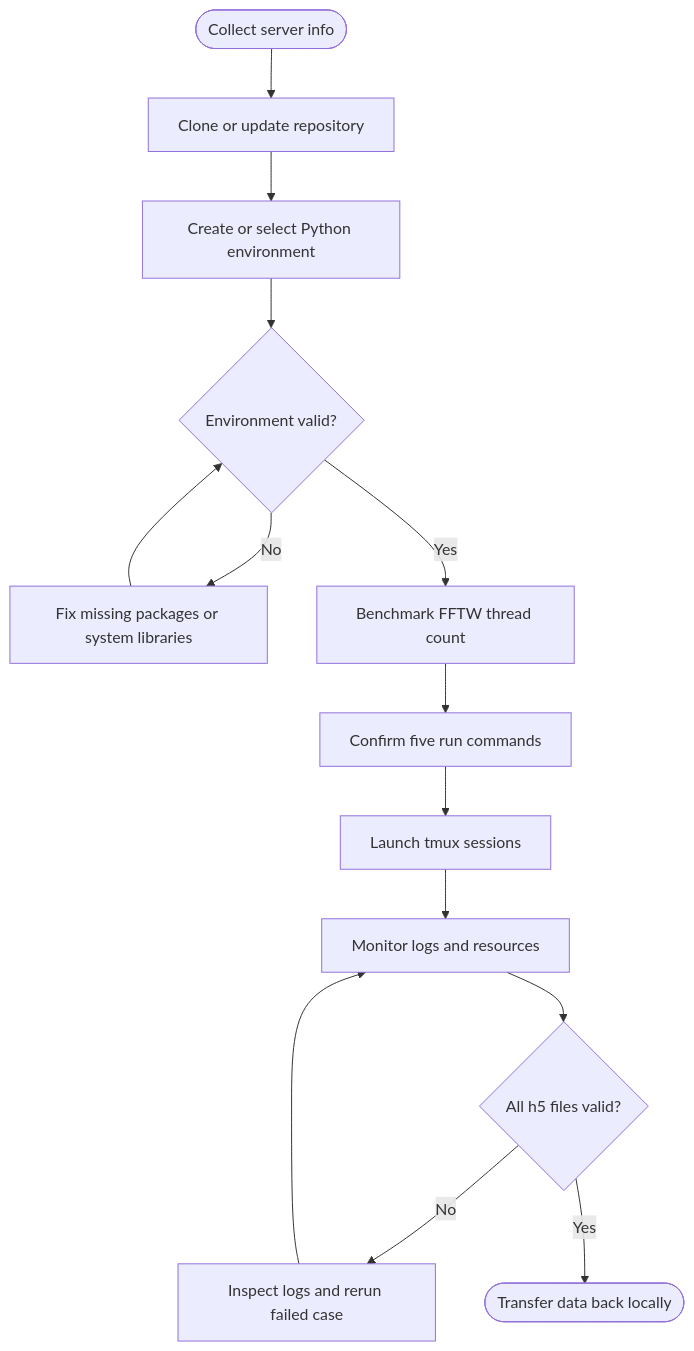
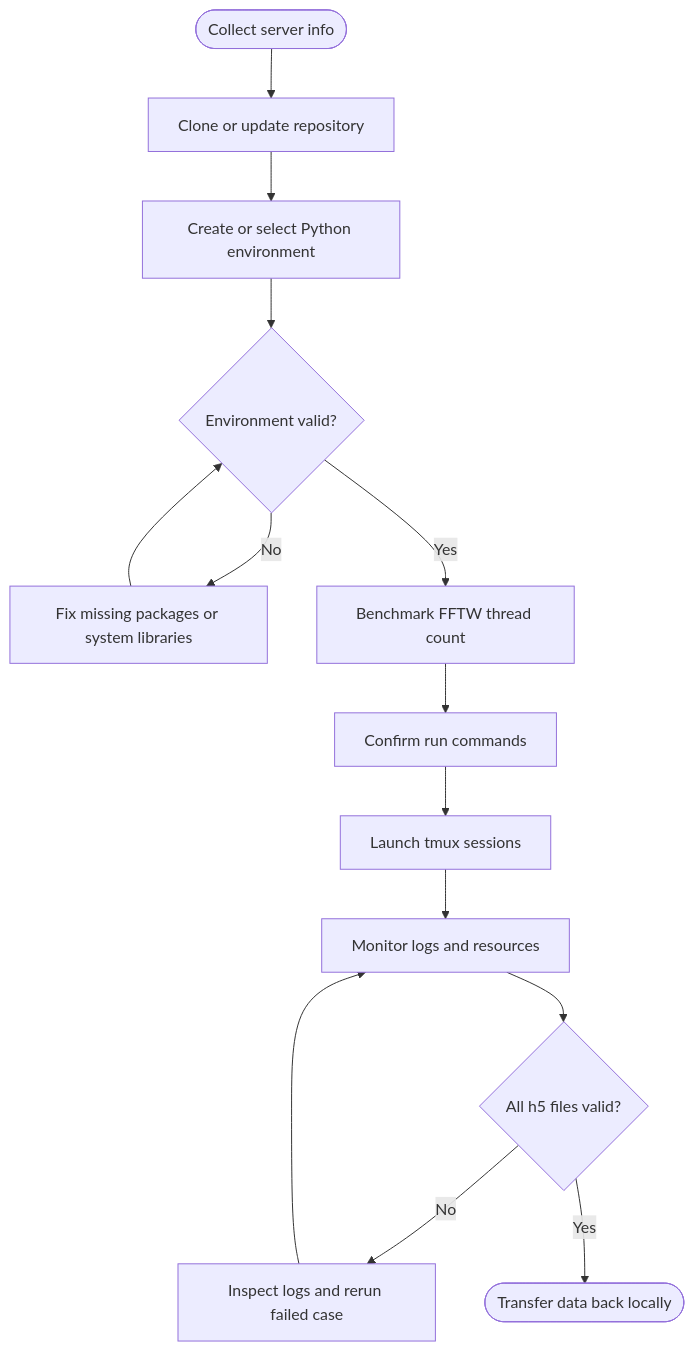
Before and after one commit to HaifengWang1031/ETD-mr-SAV-MS2: the diagram in 04_plan.md, drawn with Mermaid. The commit also changed other lines of this file and 1 other file, not shown here.

Commit message:
Update bursting run plan and fixed snapshots

````diff
--- a/04_plan.md
+++ b/04_plan.md
@@ -33,19 +38,19 @@
 ```mermaid
 flowchart TB
     accTitle: Server Run Workflow
     accDescr: Server workflow from repository setup through environment validation, FFTW thread tuning, tmux execution, integrity checks, and data transfer.
 
     collect_info([Collect server info]) --> clone_repo[Clone or update repository]
     clone_repo --> setup_env[Create or select Python environment]
     setup_env --> validate_env{Environment valid?}
     validate_env -->|No| fix_env[Fix missing packages or system libraries]
     fix_env --> validate_env
     validate_env -->|Yes| tune_fftw[Benchmark FFTW thread count]
-    tune_fftw --> confirm_commands[Confirm five run commands]
+    tune_fftw --> confirm_commands[Confirm run commands]
     confirm_commands --> launch_tmux[Launch tmux sessions]
     launch_tmux --> monitor_runs[Monitor logs and resources]
     monitor_runs --> check_outputs{All h5 files valid?}
     check_outputs -->|No| diagnose_failure[Inspect logs and rerun failed case]
     diagnose_failure --> monitor_runs
     check_outputs -->|Yes| transfer_data([Transfer data back locally])
 ```
````
